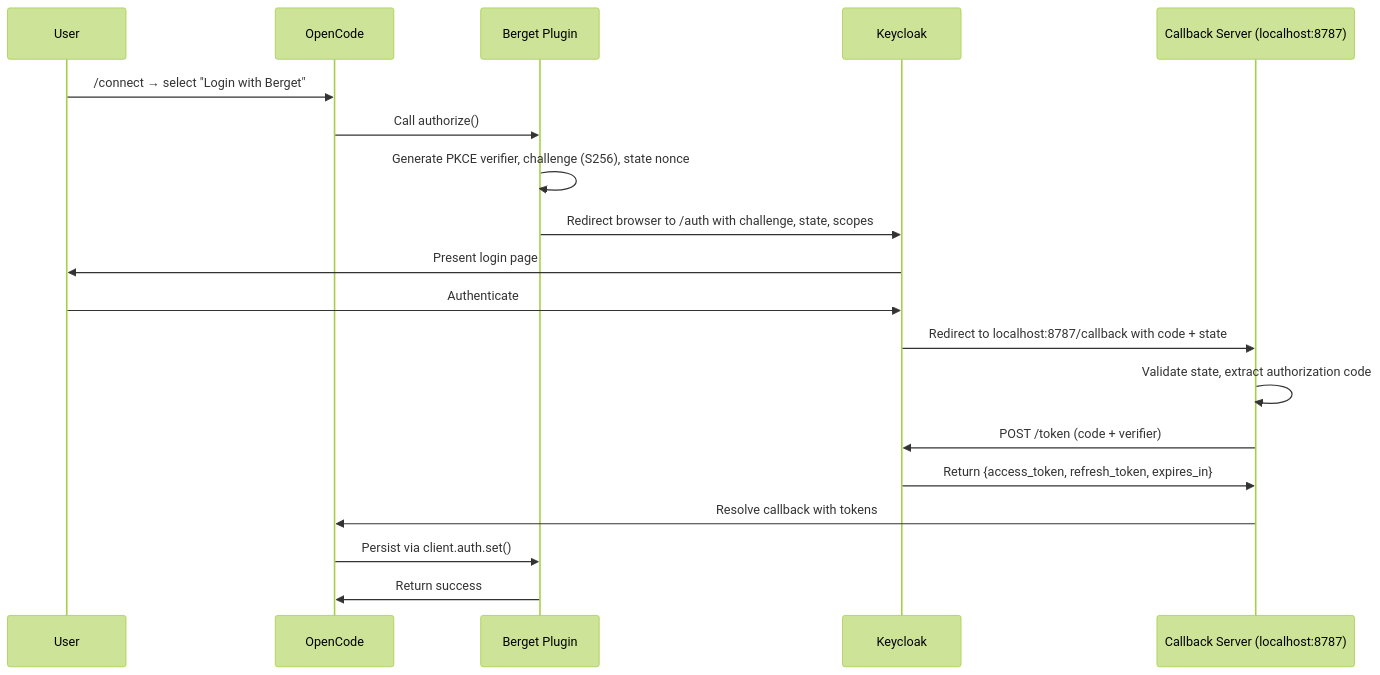
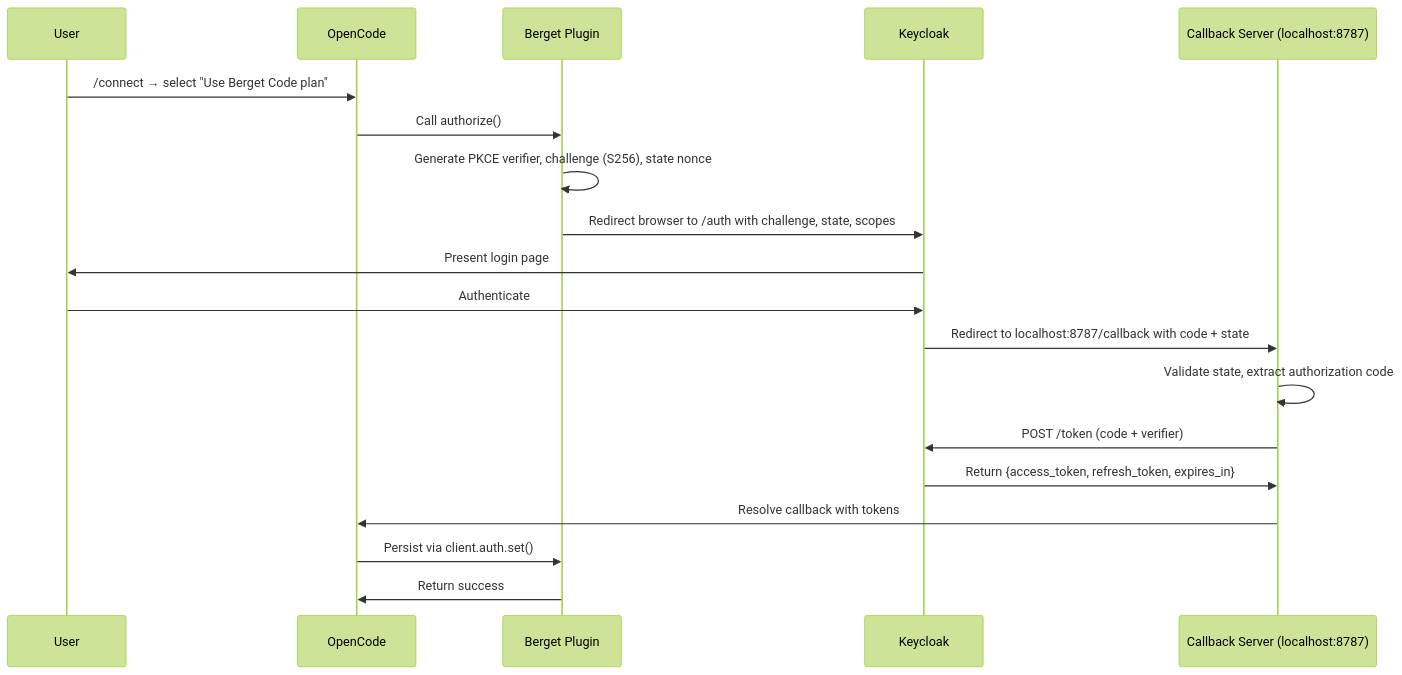
The first of 3 diagrams in docs/auth.md (berget-ai/opencode-berget-auth), drawn with Mermaid (forest theme) before and after one commit. The commit also changed other lines of this file and 6 other files, not shown here.

````diff
--- a/docs/auth.md
+++ b/docs/auth.md
@@ -86,22 +86,22 @@
 ```mermaid
 sequenceDiagram
     participant U as User
     participant OC as OpenCode
     participant BP as Berget Plugin
     participant K as Keycloak
     participant CB as Callback Server (localhost:8787)
 
-    U->>OC: /connect → select "Login with Berget"
+    U->>OC: /connect → select "Use Berget Code plan"
     OC->>BP: Call authorize()
     BP->>BP: Generate PKCE verifier, challenge (S256), state nonce
     BP->>K: Redirect browser to /auth with challenge, state, scopes
     K->>U: Present login page
     U->>K: Authenticate
     K->>CB: Redirect to localhost:8787/callback with code + state
     CB->>CB: Validate state, extract authorization code
     CB->>K: POST /token (code + verifier)
     K->>CB: Return {access_token, refresh_token, expires_in}
     CB->>OC: Resolve callback with tokens
     OC->>BP: Persist via client.auth.set()
     BP->>OC: Return success
 ```
````
